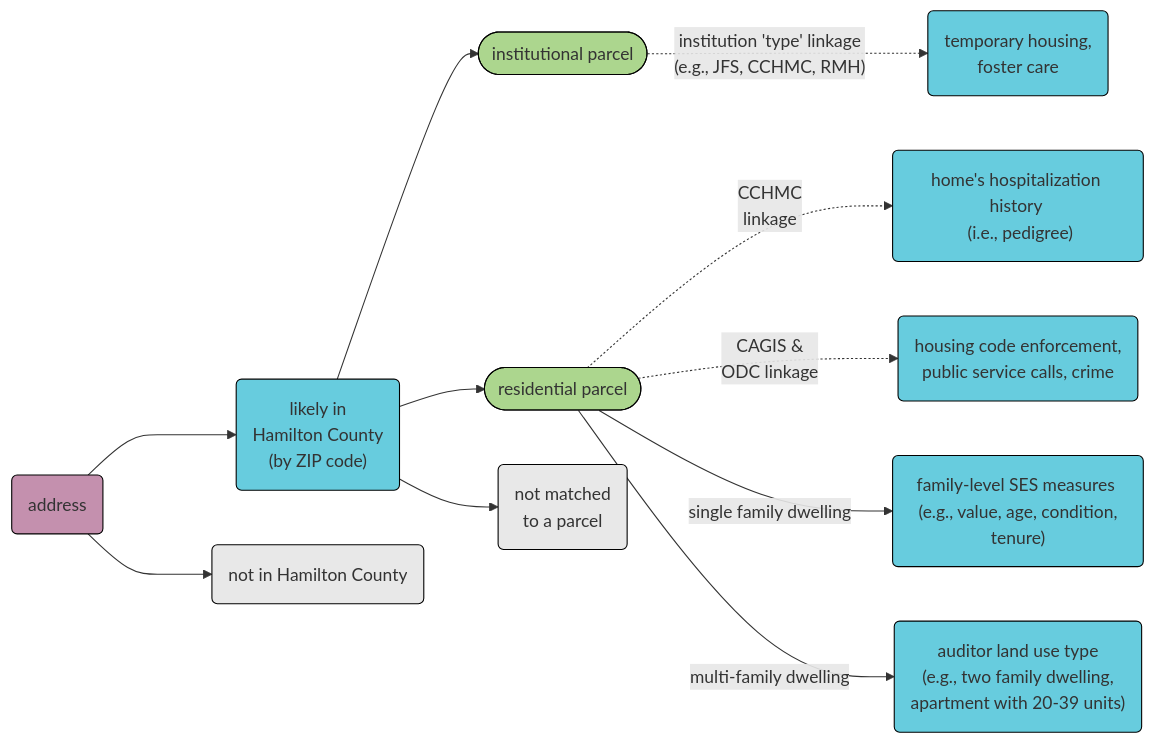
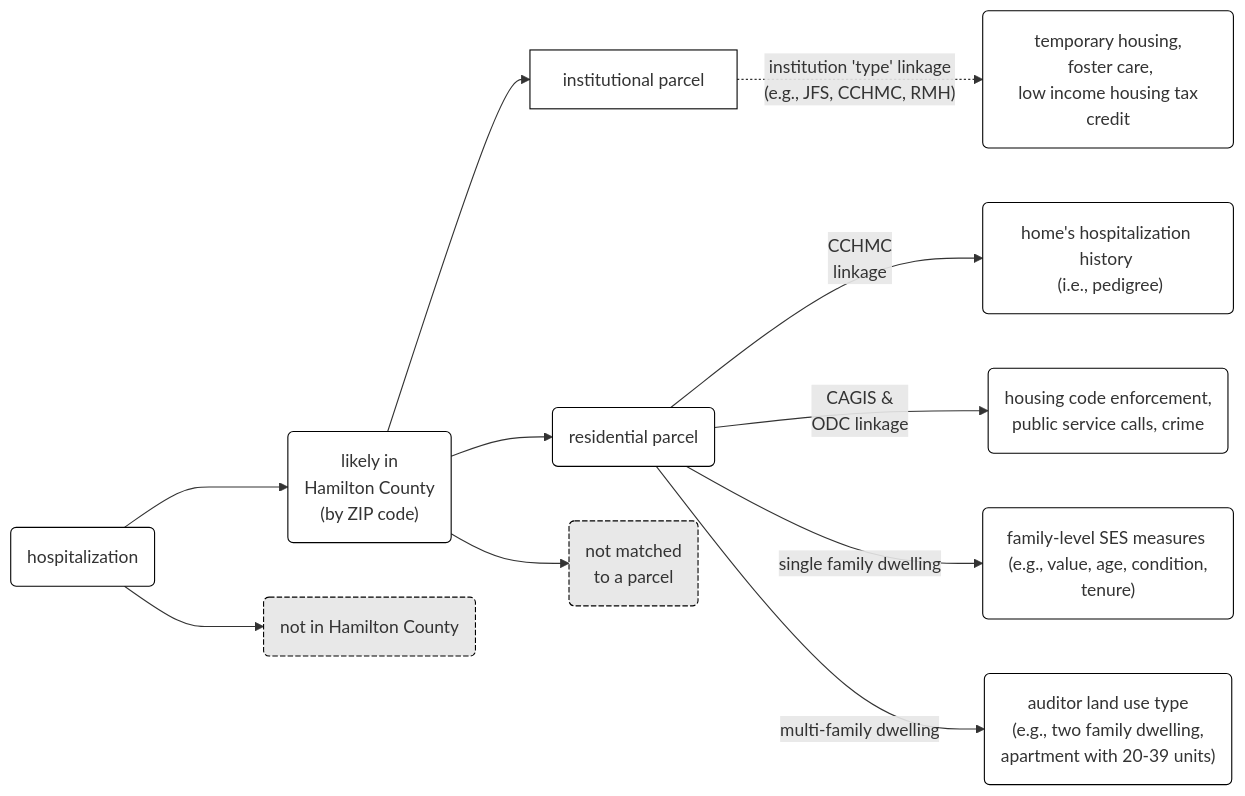
Before and after one commit to geomarker-io/parcel: the diagram in README.Rmd, drawn with Mermaid. The commit also changed other lines of this file and 15 other files, not shown here.

First line of the commit message:
match known institutional (non-residential) addresses with special parcel identifiers (#34)

````diff
--- a/README.Rmd
+++ b/README.Rmd
@@ -115,25 +114,24 @@
 ```mermaid
 %%{init: { "fontFamily": "arial" } }%%
 
 flowchart LR
-classDef id fill:#acd68e,stroke:#000,stroke-width:1px;
-classDef input fill:#c490ae,stroke:#000,stroke-width:1px;
-classDef tool fill:#e8e8e8,stroke:#000,stroke-width:1px;
-classDef data fill:#67ccde,stroke:#000,stroke-width:1px;
+classDef id fill:#fff,stroke:#000,stroke-width:1px;
+classDef tool fill:#e8e8e8,stroke:#000,stroke-width:1px,stroke-dasharray: 5 2;
+classDef data fill:#fff,stroke:#000,stroke-width:1px;
 
-addr(address):::input ---> hc("likely in \nHamilton County \n (by ZIP code)"):::data
+addr(hospitalization):::id ---> hc("likely in \nHamilton County \n (by ZIP code)"):::data
 addr ---> nhc("not in Hamilton  County"):::tool
 
-hc --> inst([institutional parcel]):::id
-inst -. "institution 'type' linkage\n (e.g., JFS, CCHMC, RMH)" .-> sdoh("temporary housing,\n foster care"):::data
+hc --> inst[institutional parcel]:::id
+inst -. "institution 'type' linkage\n (e.g., JFS, CCHMC, RMH)" .-> sdoh("temporary housing,\n foster care,\n low income housing tax credit"):::data
 
-hc --> res([residential parcel]):::id
+hc --> res(residential parcel):::id
 
-res -. CCHMC \nlinkage -.-> hhh("home's hospitalization history \n (i.e., pedigree)"):::data
-res -. CAGIS & \nODC linkage -.-> hce(housing code enforcement,\n public service calls, crime):::data
+res -- CCHMC \nlinkage --> hhh("home's hospitalization history \n (i.e., pedigree)"):::data
+res -- CAGIS & \nODC linkage --> hce(housing code enforcement,\n public service calls, crime):::data
 
 res -- single family dwelling --> vat("family-level SES measures \n (e.g., value, age, condition, tenure)"):::data
 res -- multi-family dwelling --> lu("auditor land use type \n (e.g., two family dwelling, \n apartment with 20-39 units)"):::data
 
 hc --> npm(not matched \nto a parcel):::tool
 ```
````
